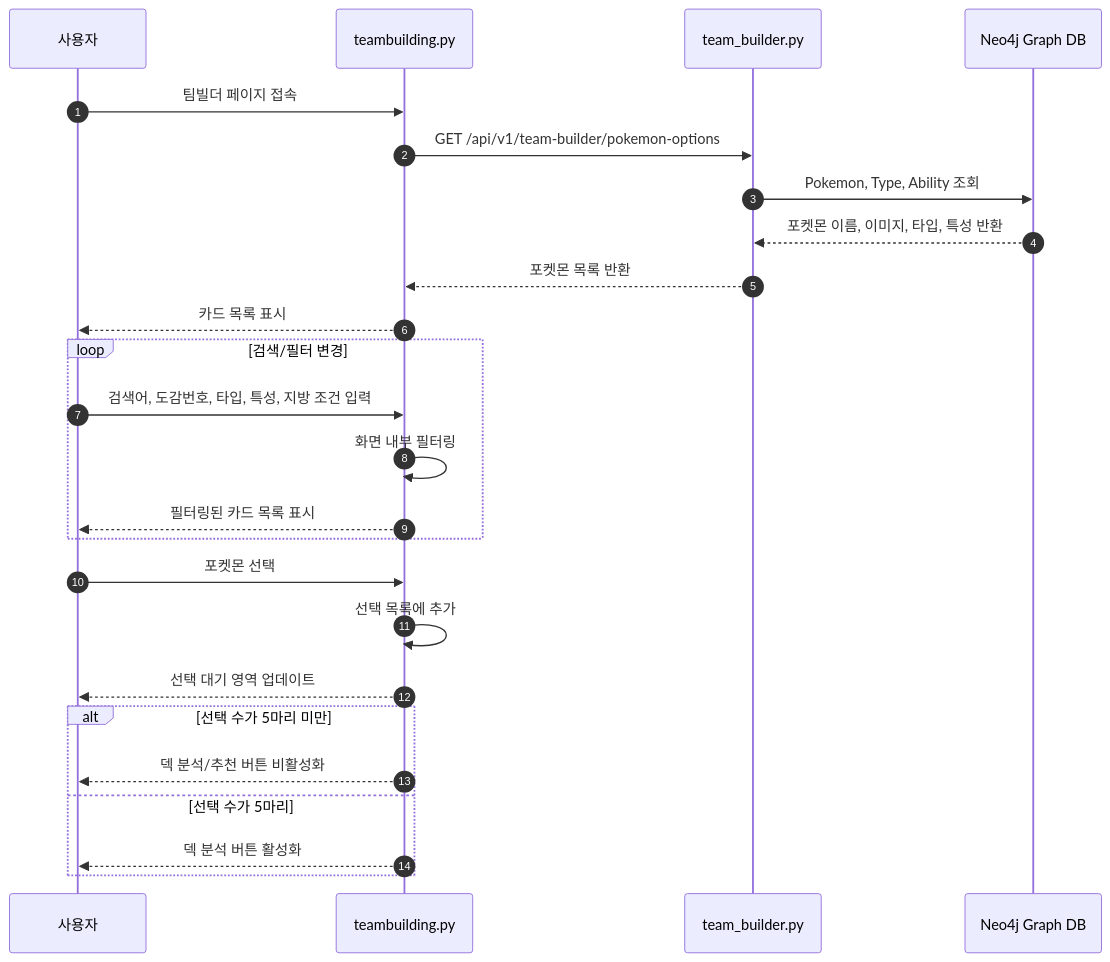
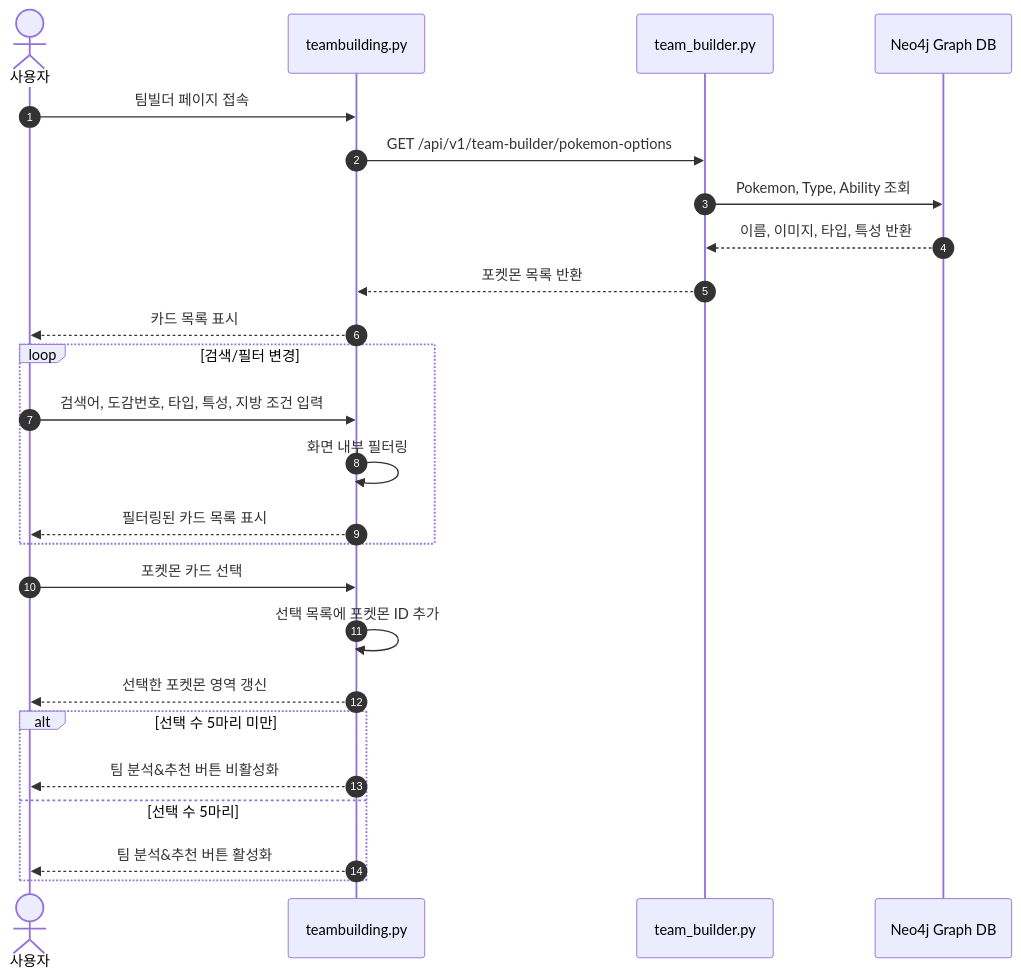
One commit to SKNETWORKS-FAMILY-AICAMP/SKN27-3rd-3TEAM changed the second of 4 diagrams in docs/팀빌딩/04_시퀀스다이어그램.md. Above: the diagram before and after it, drawn with Mermaid. The commit also changed other lines of this file, not shown here.

Commit message:
시퀀스다이어그램 수정

````diff
--- a/docs/팀빌딩/04_시퀀스다이어그램.md
+++ b/docs/팀빌딩/04_시퀀스다이어그램.md
@@ -84,31 +91,31 @@
 ```mermaid
 sequenceDiagram
     autonumber
-    participant User as 사용자
+    actor User as 사용자
     participant FE as teambuilding.py
     participant API as team_builder.py
     participant GDB as Neo4j Graph DB
 
     User->>FE: 팀빌더 페이지 접속
     FE->>API: GET /api/v1/team-builder/pokemon-options
     API->>GDB: Pokemon, Type, Ability 조회
-    GDB-->>API: 포켓몬 이름, 이미지, 타입, 특성 반환
+    GDB-->>API: 이름, 이미지, 타입, 특성 반환
     API-->>FE: 포켓몬 목록 반환
     FE-->>User: 카드 목록 표시
 
     loop 검색/필터 변경
         User->>FE: 검색어, 도감번호, 타입, 특성, 지방 조건 입력
         FE->>FE: 화면 내부 필터링
         FE-->>User: 필터링된 카드 목록 표시
     end
 
-    User->>FE: 포켓몬 선택
-    FE->>FE: 선택 목록에 추가
-    FE-->>User: 선택 대기 영역 업데이트
+    User->>FE: 포켓몬 카드 선택
+    FE->>FE: 선택 목록에 포켓몬 ID 추가
+    FE-->>User: 선택한 포켓몬 영역 갱신
 
-    alt 선택 수가 5마리 미만
-        FE-->>User: 덱 분석/추천 버튼 비활성화
-    else 선택 수가 5마리
-        FE-->>User: 덱 분석 버튼 활성화
+    alt 선택 수 5마리 미만
+        FE-->>User: 팀 분석&추천 버튼 비활성화
+    else 선택 수 5마리
+        FE-->>User: 팀 분석&추천 버튼 활성화
     end
 ```
````
